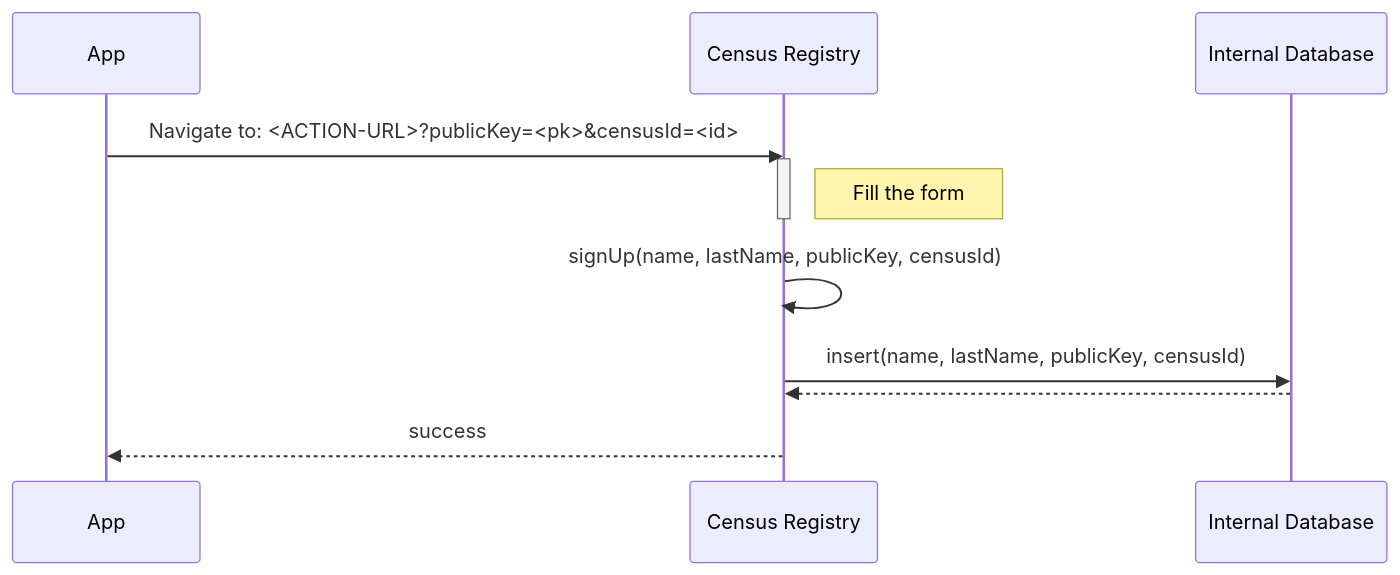
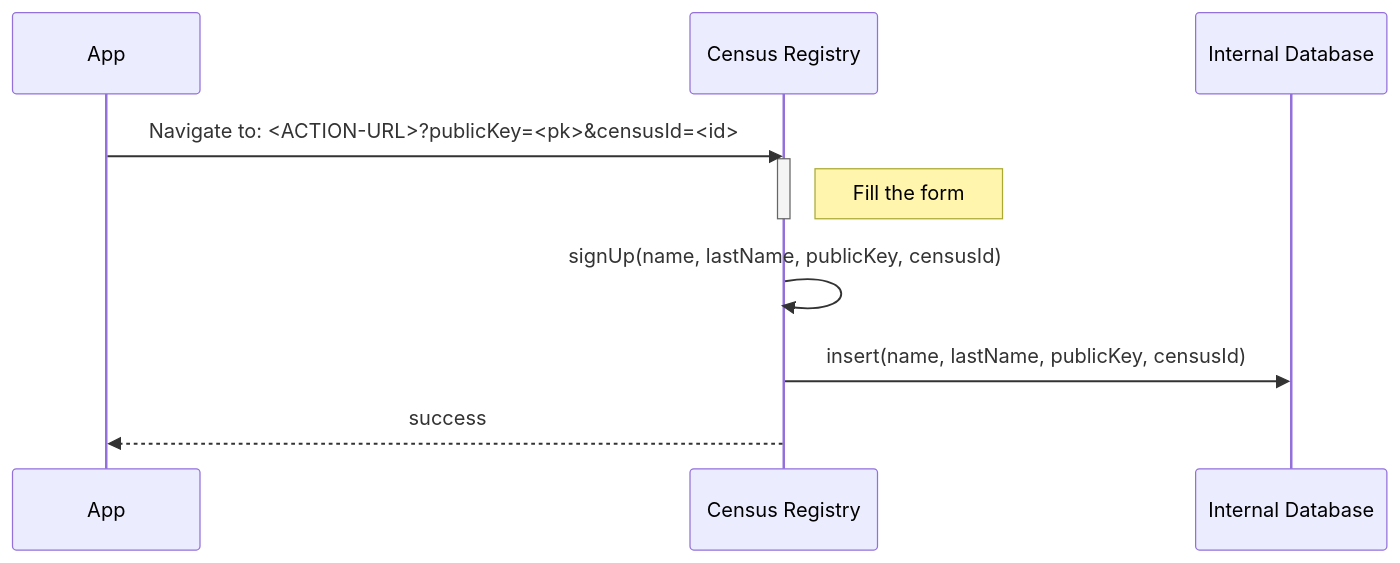
One commit to vocdoni/docs changed the fourth of 14 diagrams in docs/protocol/sequence-diagrams.md. Above: the diagram before and after it, drawn with Mermaid. The commit also changed other lines of this file, not shown here.

Commit message:
Set entity meta-data sequence

````diff
--- a/docs/protocol/sequence-diagrams.md
+++ b/docs/protocol/sequence-diagrams.md
@@ -114,18 +111,16 @@
 ```mermaid
 sequenceDiagram
     participant App
     participant CR as Census Registry
     participant DB as Internal Database
 
     App->>CR: Navigate to: <ACTION-URL>?publicKey=<pk>&censusId=<id>
         activate CR
             Note right of CR: Fill the form
         deactivate CR
 
         CR->>CR: signUp(name, lastName, publicKey, censusId)
 
         CR->>DB: insert(name, lastName, publicKey, censusId)
-        DB-->>CR: 
     CR-->>App: success
-
 ```
````
